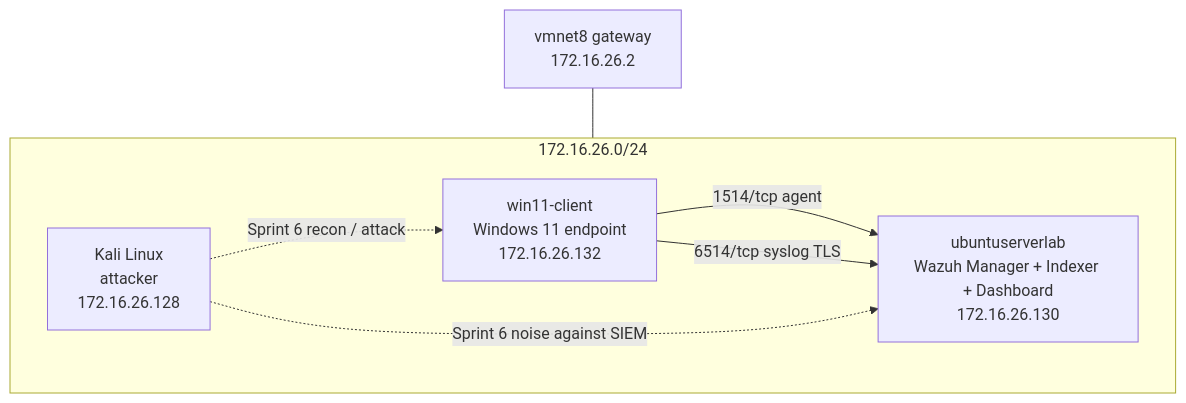
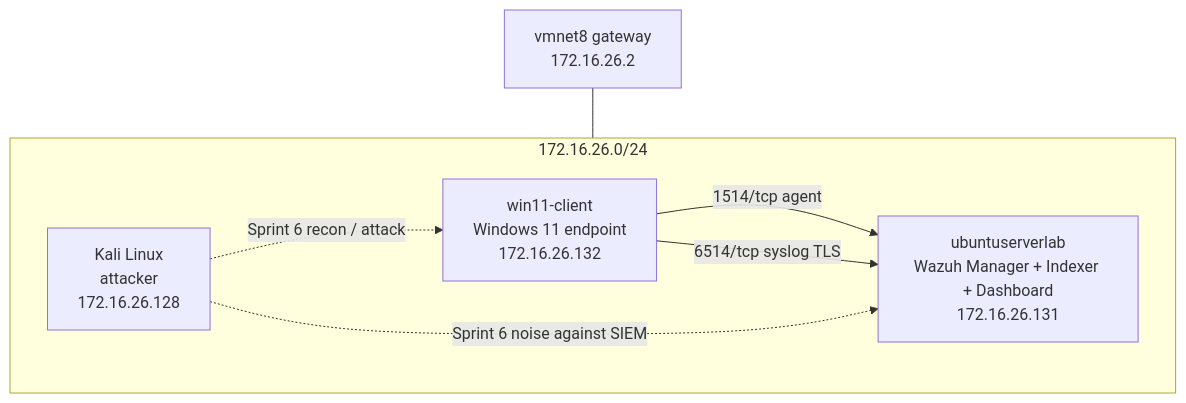
The first of 2 diagrams in docs/01-architecture/README.md (sadiq19/nist-siem-cyberlab), drawn with Mermaid before and after one commit. The commit also changed other lines of this file, not shown here.

````diff
--- a/docs/01-architecture/README.md
+++ b/docs/01-architecture/README.md
@@ -29,14 +29,14 @@
 ```mermaid
 flowchart TB
   GW["vmnet8 gateway\n172.16.26.2"]
   subgraph NAT["172.16.26.0/24"]
     KALI["Kali Linux\nattacker\n172.16.26.128"]
     WIN["win11-client\nWindows 11 endpoint\n172.16.26.132"]
-    UB["ubuntuserverlab\nWazuh Manager + Indexer + Dashboard\n172.16.26.130"]
+    UB["ubuntuserverlab\nWazuh Manager + Indexer + Dashboard\n172.16.26.131"]
   end
   GW --- NAT
   WIN -->|"1514/tcp agent"| UB
   WIN -->|"6514/tcp syslog TLS"| UB
   KALI -.->|"Sprint 6 recon / attack"| WIN
   KALI -.->|"Sprint 6 noise against SIEM"| UB
 ```
````
